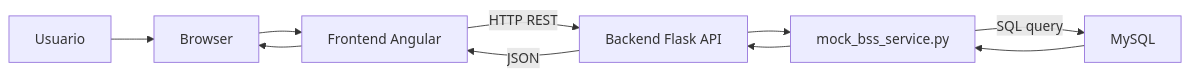
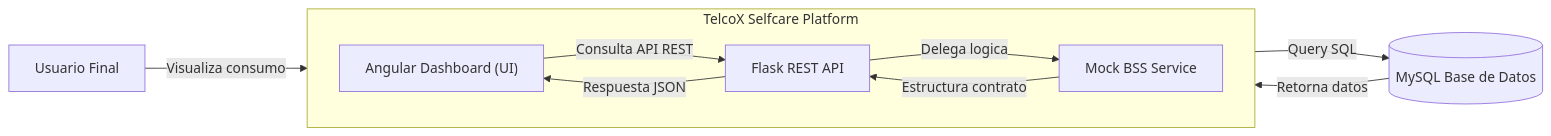
Before and after one commit to gsus25/telcox-selfcare-platform: the diagram in docs/architecture.md, drawn with Mermaid. The commit also changed other lines of this file, not shown here.

First line of the commit message:
Revise architecture documentation for TelcoX platform

````diff
--- a/docs/architecture.md
+++ b/docs/architecture.md
@@ -25,19 +7,21 @@
 ```mermaid
 flowchart LR
-  User["Usuario"]
-  Browser["Browser"]
-  Angular["Frontend Angular"]
-  Flask["Backend Flask API"]
-  BSS["mock_bss_service.py"]
-  MySQL["MySQL"]
+  User["Usuario Final"]
+  
+  subgraph TelcoX["TelcoX Selfcare Platform"]
+    direction LR
+    Angular["Angular Dashboard (UI)"]
+    Flask["Flask REST API"]
+    BSS["Mock BSS Service"]
+  end
+  
+  MySQL[("MySQL Base de Datos")]
 
-  User --> Browser
-  Browser --> Angular
-  Angular -->|HTTP REST| Flask
-  Flask --> BSS
-  BSS -->|SQL query| MySQL
-  MySQL --> BSS
-  BSS --> Flask
-  Flask -->|JSON| Angular
-  Angular --> Browser
+  User -->|Visualiza consumo| Angular
+  Angular -->|Consulta API REST| Flask
+  Flask -->|Delega logica| BSS
+  BSS -->|Query SQL| MySQL
+  MySQL -->|Retorna datos| BSS
+  BSS -->|Estructura contrato| Flask
+  Flask -->|Respuesta JSON| Angular
 ```
````
